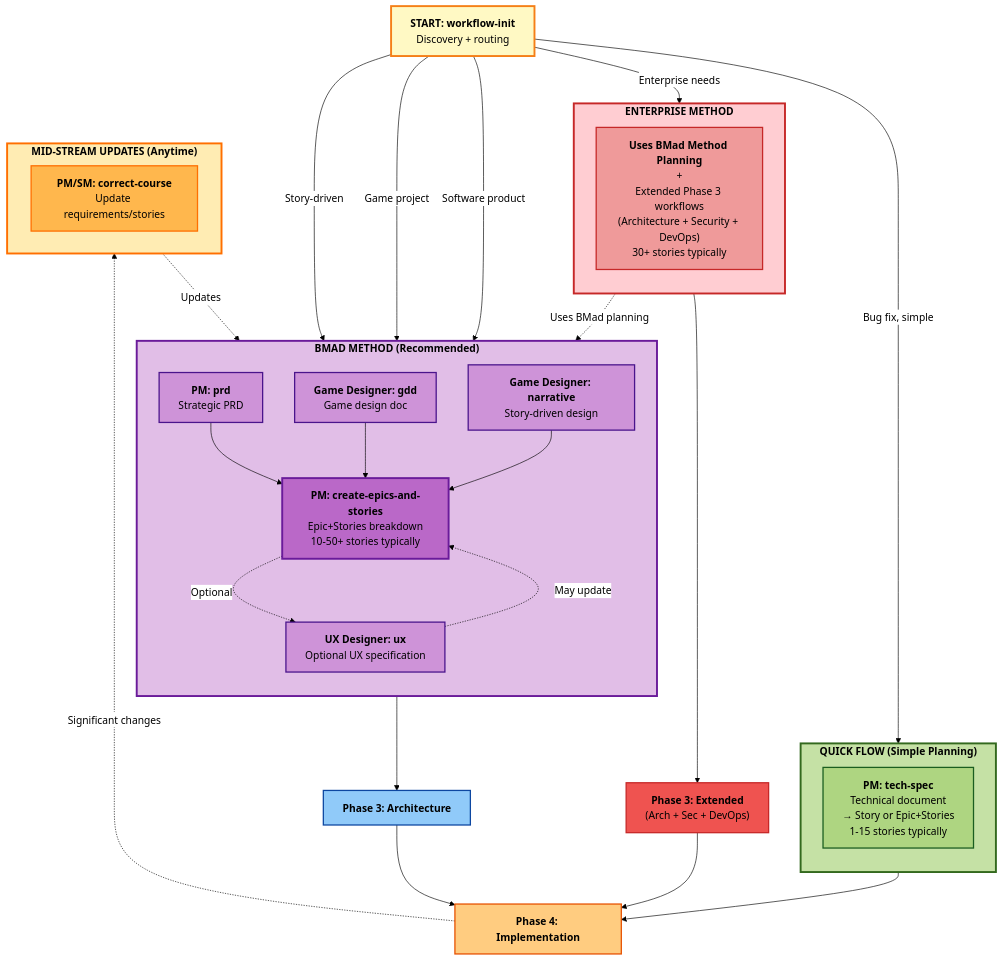
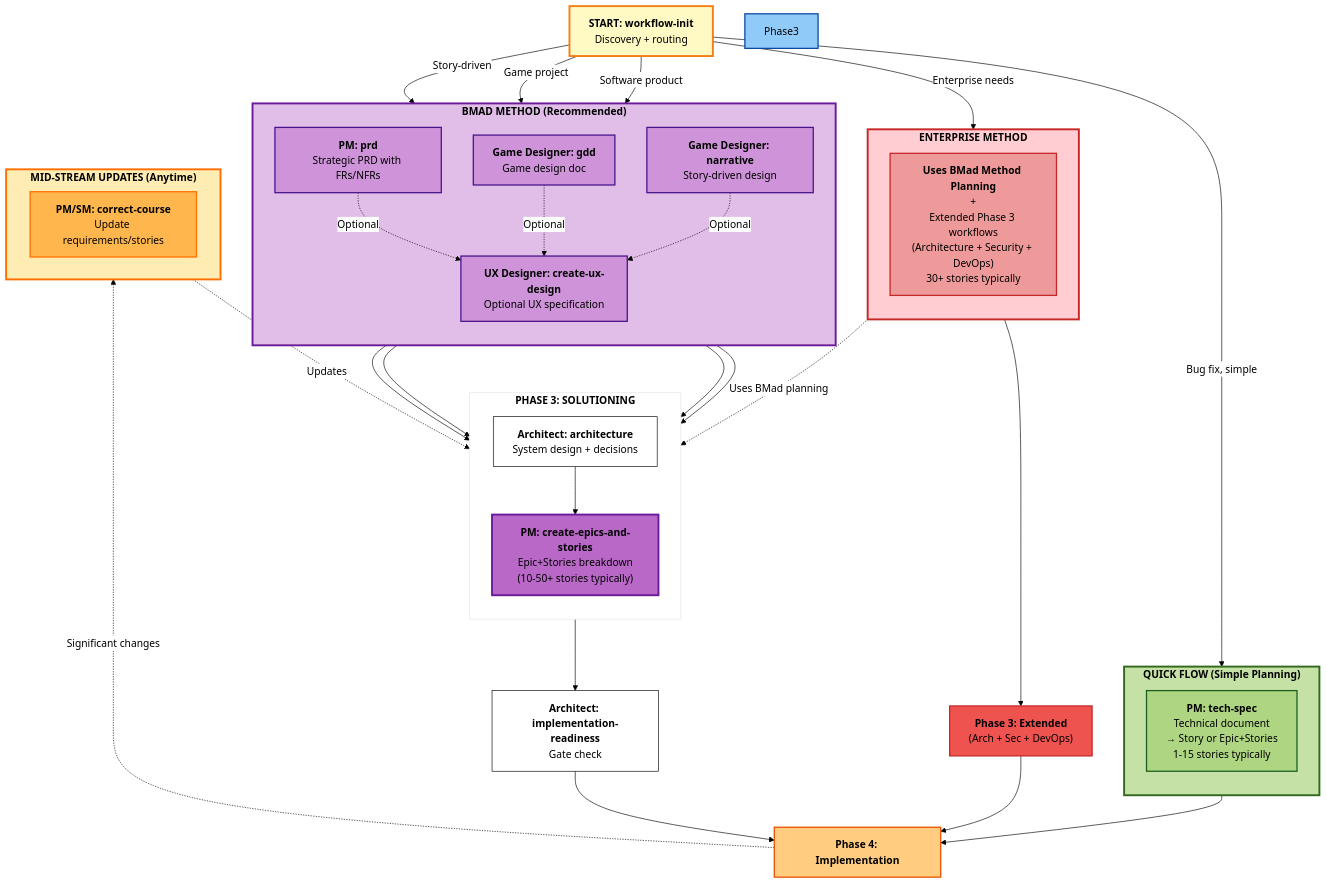
Before and after one commit to IBE160/SG-NextGenCoding: the diagram in .bmad/bmm/docs/workflows-planning.md, drawn with Mermaid. The commit also changed other lines of this file and 194 other files, not shown here.

````diff
--- a/.bmad/bmm/docs/workflows-planning.md
+++ b/.bmad/bmm/docs/workflows-planning.md
@@ -17,71 +17,78 @@
 ```mermaid
 %%{init: {'theme':'base', 'themeVariables': { 'primaryColor':'#fff','primaryTextColor':'#000','primaryBorderColor':'#000','lineColor':'#000','fontSize':'16px','fontFamily':'arial'}}}%%
 graph TB
     Start["<b>START: workflow-init</b><br/>Discovery + routing"]
 
     subgraph QuickFlow["<b>QUICK FLOW (Simple Planning)</b>"]
         direction TB
         TechSpec["<b>PM: tech-spec</b><br/>Technical document<br/>→ Story or Epic+Stories<br/>1-15 stories typically"]
     end
 
     subgraph BMadMethod["<b>BMAD METHOD (Recommended)</b>"]
         direction TB
-        PRD["<b>PM: prd</b><br/>Strategic PRD"]
+        PRD["<b>PM: prd</b><br/>Strategic PRD with FRs/NFRs"]
         GDD["<b>Game Designer: gdd</b><br/>Game design doc"]
         Narrative["<b>Game Designer: narrative</b><br/>Story-driven design"]
 
-        Epics["<b>PM: create-epics-and-stories</b><br/>Epic+Stories breakdown<br/>10-50+ stories typically"]
+        UXDesign["<b>UX Designer: create-ux-design</b><br/>Optional UX specification"]
+    end
 
-        UXDesign["<b>UX Designer: ux</b><br/>Optional UX specification"]
+    subgraph Solutioning["<b>PHASE 3: SOLUTIONING</b>"]
+        direction TB
+        Architecture["<b>Architect: architecture</b><br/>System design + decisions"]
+        Epics["<b>PM: create-epics-and-stories</b><br/>Epic+Stories breakdown<br/>(10-50+ stories typically)"]
     end
 
     subgraph Enterprise["<b>ENTERPRISE METHOD</b>"]
         direction TB
         EntNote["<b>Uses BMad Method Planning</b><br/>+<br/>Extended Phase 3 workflows<br/>(Architecture + Security + DevOps)<br/>30+ stories typically"]
     end
 
     subgraph Updates["<b>MID-STREAM UPDATES (Anytime)</b>"]
         direction LR
         CorrectCourse["<b>PM/SM: correct-course</b><br/>Update requirements/stories"]
     end
 
     Start -->|Bug fix, simple| QuickFlow
     Start -->|Software product| PRD
     Start -->|Game project| GDD
     Start -->|Story-driven| Narrative
     Start -->|Enterprise needs| Enterprise
 
-    PRD --> Epics
-    GDD --> Epics
-    Narrative --> Epics
-    Epics -.->|Optional| UXDesign
-    UXDesign -.->|May update| Epics
+    PRD -.->|Optional| UXDesign
+    GDD -.->|Optional| UXDesign
+    Narrative -.->|Optional| UXDesign
+    PRD --> Architecture
+    GDD --> Architecture
+    Narrative --> Architecture
+    UXDesign --> Architecture
+    Architecture --> Epics
 
     QuickFlow --> Phase4["<b>Phase 4: Implementation</b>"]
-    Epics --> Phase3["<b>Phase 3: Architecture</b>"]
-    Enterprise -.->|Uses BMad planning| Epics
+    Epics --> ReadinessCheck["<b>Architect: implementation-readiness</b><br/>Gate check"]
+    Enterprise -.->|Uses BMad planning| Architecture
     Enterprise --> Phase3Ext["<b>Phase 3: Extended</b><br/>(Arch + Sec + DevOps)"]
-    Phase3 --> Phase4
+    ReadinessCheck --> Phase4
     Phase3Ext --> Phase4
 
     Phase4 -.->|Significant changes| CorrectCourse
     CorrectCourse -.->|Updates| Epics
 
     style Start fill:#fff9c4,stroke:#f57f17,stroke-width:3px,color:#000
     style QuickFlow fill:#c5e1a5,stroke:#33691e,stroke-width:3px,color:#000
     style BMadMethod fill:#e1bee7,stroke:#6a1b9a,stroke-width:3px,color:#000
     style Enterprise fill:#ffcdd2,stroke:#c62828,stroke-width:3px,color:#000
     style Updates fill:#ffecb3,stroke:#ff6f00,stroke-width:3px,color:#000
     style Phase3 fill:#90caf9,stroke:#0d47a1,stroke-width:2px,color:#000
     style Phase4 fill:#ffcc80,stroke:#e65100,stroke-width:2px,color:#000
 
     style TechSpec fill:#aed581,stroke:#1b5e20,stroke-width:2px,color:#000
     style PRD fill:#ce93d8,stroke:#4a148c,stroke-width:2px,color:#000
     style GDD fill:#ce93d8,stroke:#4a148c,stroke-width:2px,color:#000
     style Narrative fill:#ce93d8,stroke:#4a148c,stroke-width:2px,color:#000
     style UXDesign fill:#ce93d8,stroke:#4a148c,stroke-width:2px,color:#000
     style Epics fill:#ba68c8,stroke:#6a1b9a,stroke-width:3px,color:#000
     style EntNote fill:#ef9a9a,stroke:#c62828,stroke-width:2px,color:#000
     style Phase3Ext fill:#ef5350,stroke:#c62828,stroke-width:2px,color:#000
     style CorrectCourse fill:#ffb74d,stroke:#ff6f00,stroke-width:2px,color:#000
 ```
````
